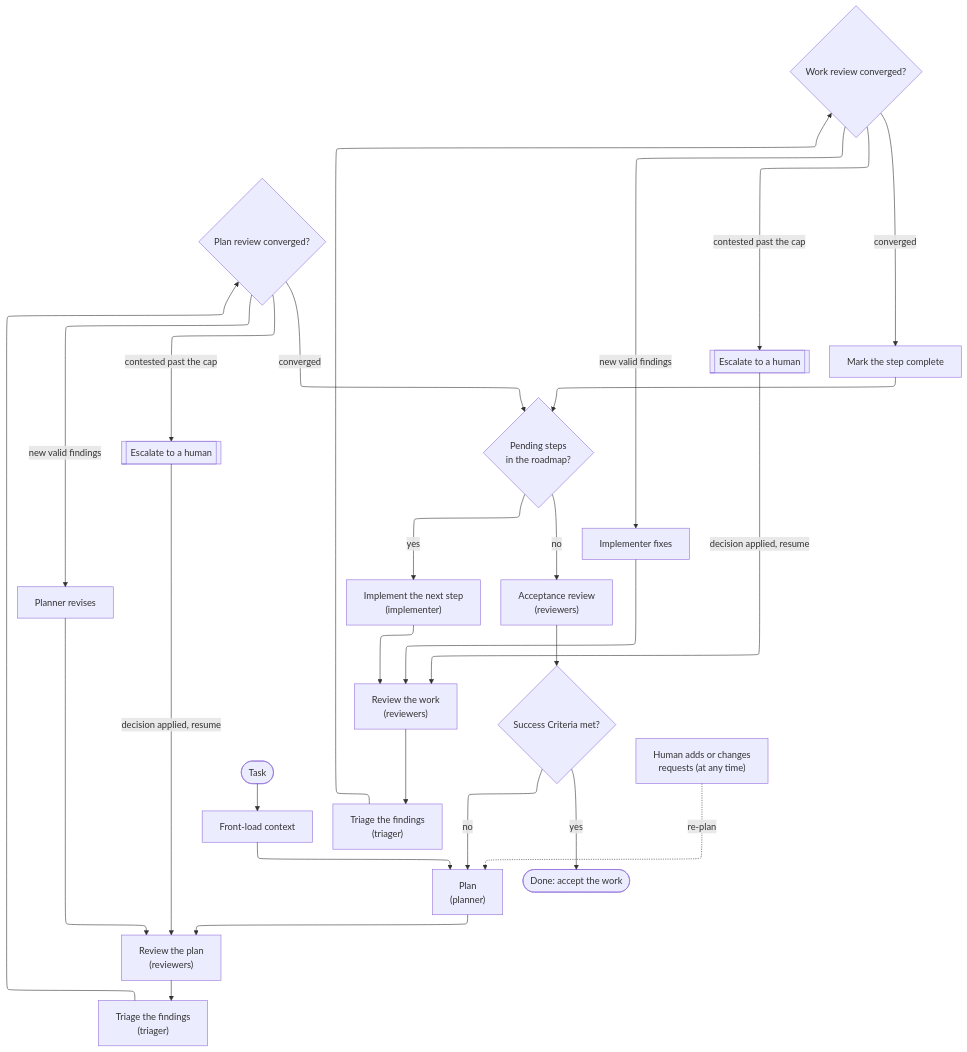
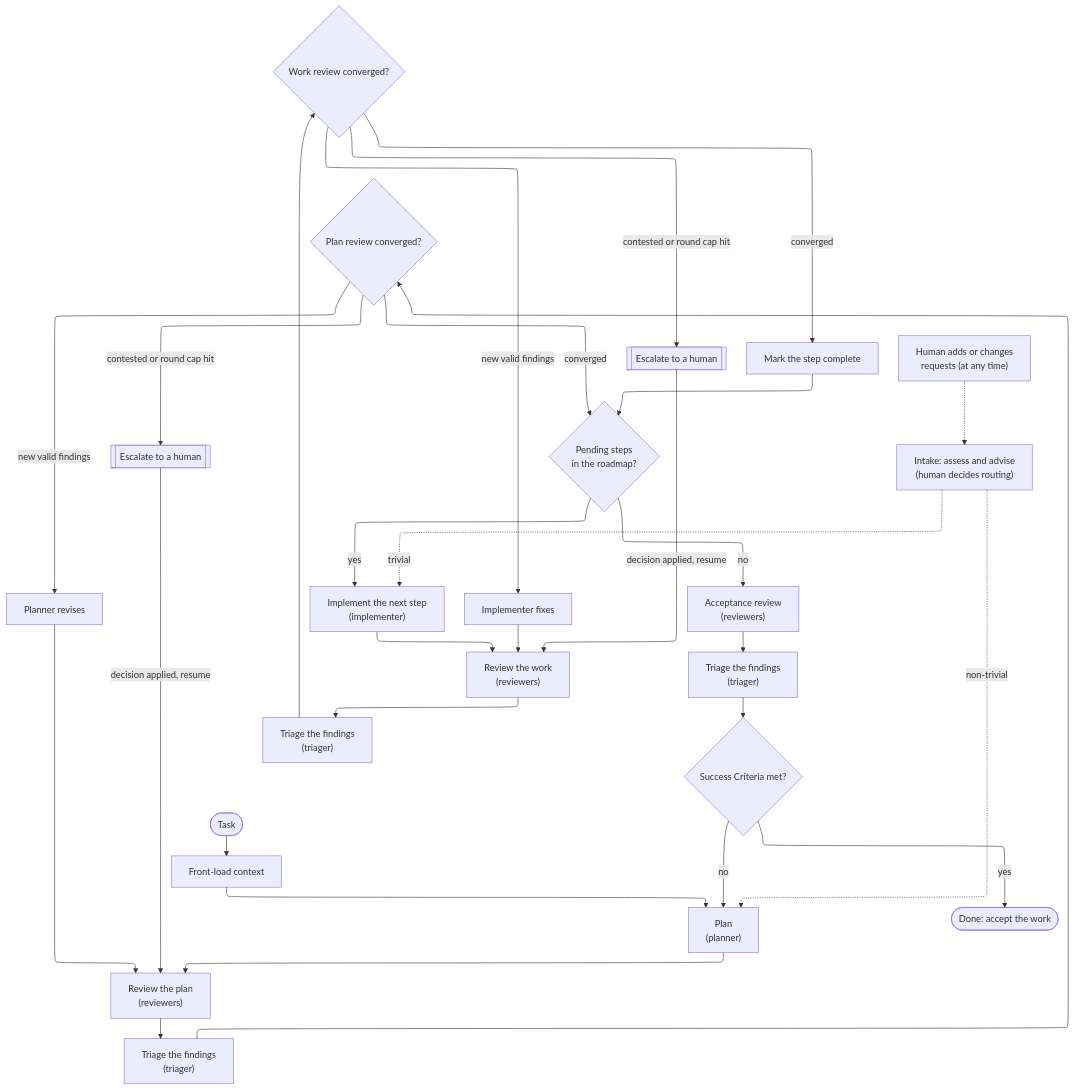
One commit to nothingnesses/agent-scaffold changed the diagram in README.md. Above: the diagram before and after it, drawn with Mermaid. The commit also changed other lines of this file and 5 other files, not shown here.

````diff
--- a/README.md
+++ b/README.md
@@ -79,32 +79,35 @@
 ```mermaid
 ---
 config:
   layout: elk
 ---
 flowchart TB
     start(["Task"]) --> ctx["Front-load context"]
     ctx --> plan["Plan<br/>(planner)"]
     plan --> preview["Review the plan<br/>(reviewers)"]
     preview --> ptriage["Triage the findings<br/>(triager)"]
     ptriage --> pdec{"Plan review converged?"}
     pdec -->|new valid findings| previse["Planner revises"]
     previse --> preview
-    pdec -->|contested past the cap| pesc[["Escalate to a human"]]
+    pdec -->|contested or round cap hit| pesc[["Escalate to a human"]]
     pesc -->|decision applied, resume| preview
     pdec -->|converged| steps{"Pending steps<br/>in the roadmap?"}
     steps -->|yes| impl["Implement the next step<br/>(implementer)"]
     impl --> wreview["Review the work<br/>(reviewers)"]
     wreview --> wtriage["Triage the findings<br/>(triager)"]
     wtriage --> wdec{"Work review converged?"}
     wdec -->|new valid findings| wfix["Implementer fixes"]
     wfix --> wreview
-    wdec -->|contested past the cap| wesc[["Escalate to a human"]]
+    wdec -->|contested or round cap hit| wesc[["Escalate to a human"]]
     wesc -->|decision applied, resume| wreview
     wdec -->|converged| mark["Mark the step complete"]
     mark --> steps
     steps -->|no| accept["Acceptance review<br/>(reviewers)"]
-    accept --> adec{"Success Criteria met?"}
+    accept --> atriage["Triage the findings<br/>(triager)"]
+    atriage --> adec{"Success Criteria met?"}
     adec -->|no| plan
     adec -->|yes| done(["Done: accept the work"])
-    interrupt["Human adds or changes<br/>requests (at any time)"] -.->|re-plan| plan
+    interrupt["Human adds or changes<br/>requests (at any time)"] -.-> intake["Intake: assess and advise<br/>(human decides routing)"]
+    intake -.->|non-trivial| plan
+    intake -.->|trivial| impl
 ```
````
